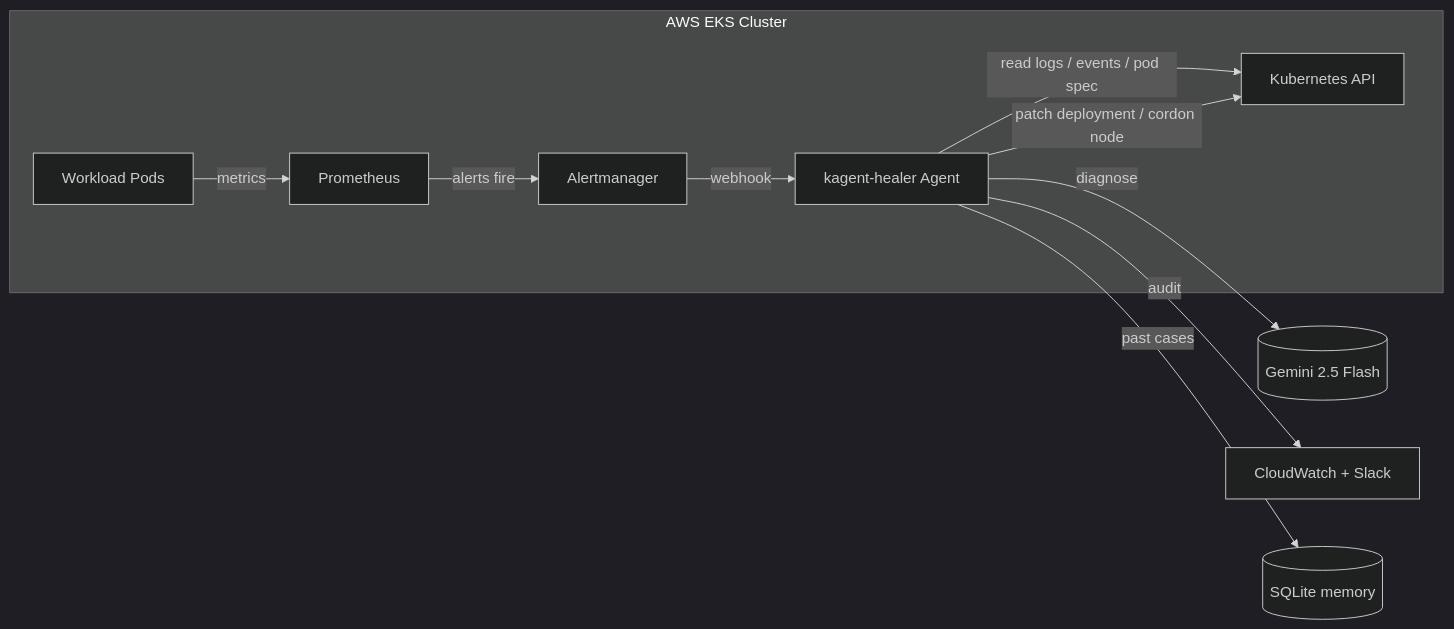
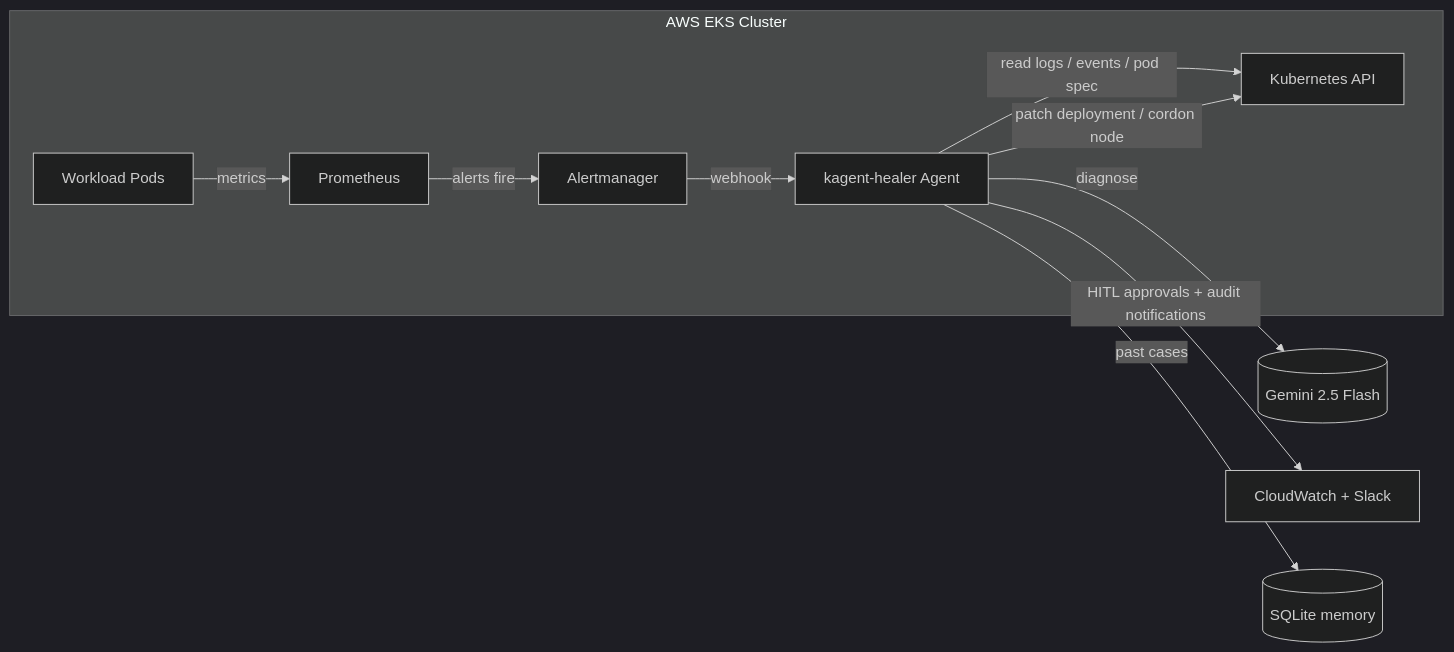
One commit to Abhiram-Rakesh/Self-Healing-K8s-AI-Agent changed the diagram in README.md. Above: the diagram before and after it, drawn with Mermaid (dark theme). The commit also changed other lines of this file, not shown here.

Commit message:
docs: fix Step 9 HPA note and sync inline architecture diagram

````diff
--- a/README.md
+++ b/README.md
@@ -12,13 +12,13 @@
 ```mermaid
 flowchart LR
     subgraph K8s["AWS EKS Cluster"]
         P[Workload Pods] -->|metrics| PR[Prometheus]
         PR -->|alerts fire| AM[Alertmanager]
         AM -->|webhook| AG[kagent-healer Agent]
         AG -->|read logs / events / pod spec| K8sAPI[Kubernetes API]
         AG -->|patch deployment / cordon node| K8sAPI
     end
     AG -->|diagnose| G[(Gemini 2.5 Flash)]
-    AG -->|audit| CW[CloudWatch + Slack]
+    AG -->|HITL approvals + audit notifications| CW[CloudWatch + Slack]
     AG -->|past cases| MEM[(SQLite memory)]
 ```
````
